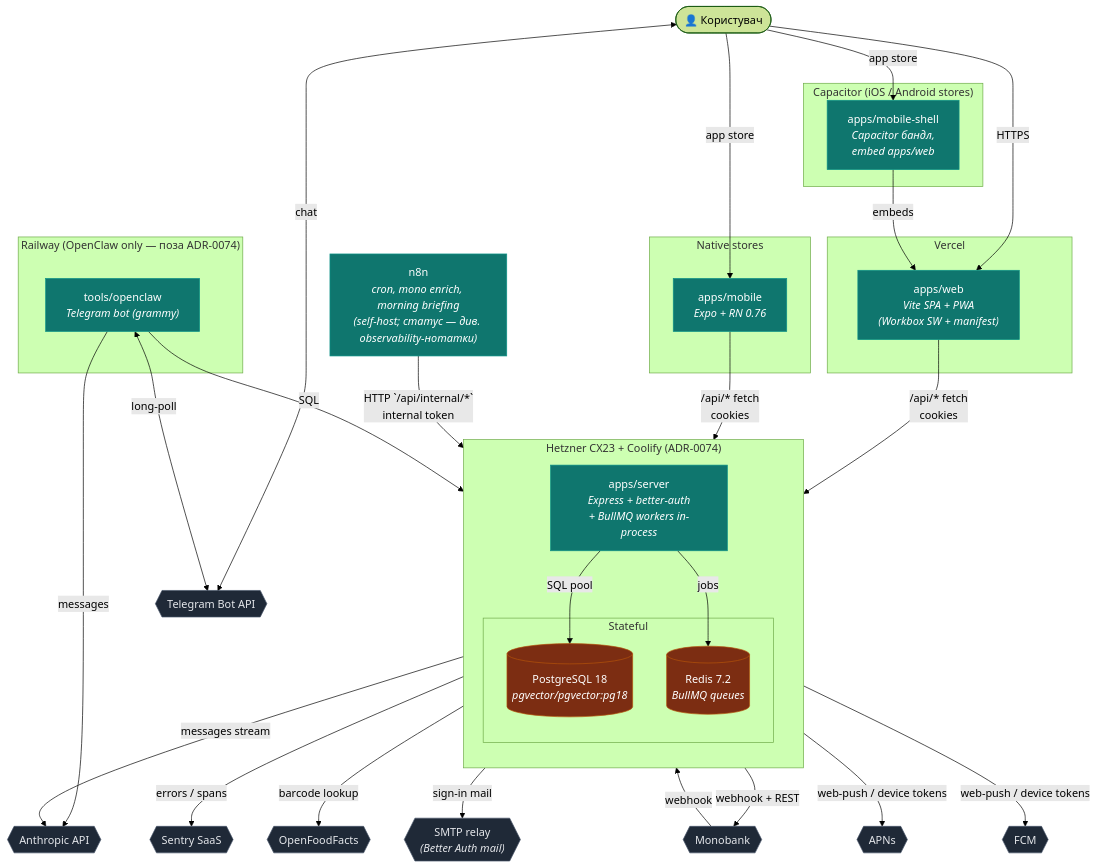
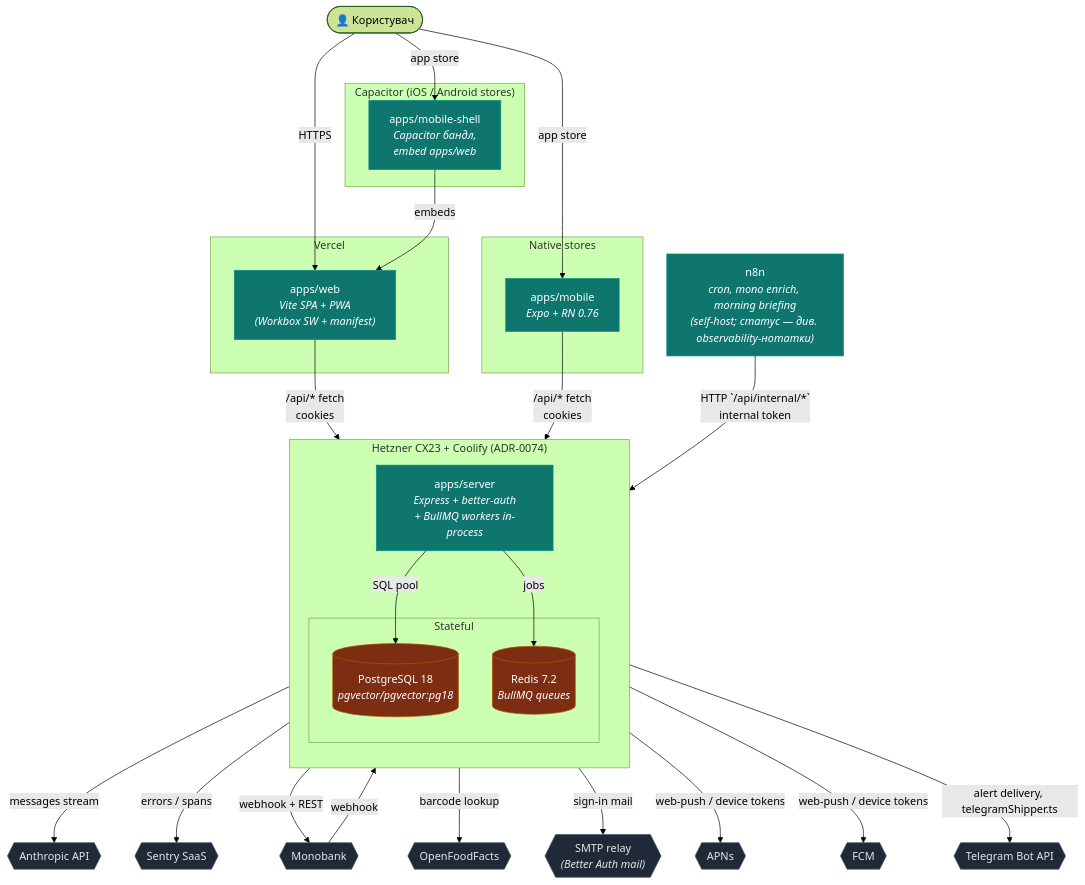
The diagram in docs/02-engineering/architecture/diagrams/c2-containers.md (SkOrDs-02/sergeant), drawn with Mermaid (forest theme) before and after one commit. The commit also changed other lines of this file and 27 other files, not shown here.

````diff
--- a/docs/02-engineering/architecture/diagrams/c2-containers.md
+++ b/docs/02-engineering/architecture/diagrams/c2-containers.md
@@ -8,74 +8,66 @@
 ```mermaid
 flowchart TB
     User(["👤 Користувач"])
 
     subgraph Vercel["Vercel"]
         Web["apps/web<br/><i>Vite SPA + PWA<br/>(Workbox SW + manifest)</i>"]
     end
 
     subgraph Capacitor["Capacitor (iOS / Android stores)"]
         Shell["apps/mobile-shell<br/><i>Capacitor бандл,<br/>embed apps/web</i>"]
     end
 
     subgraph Native["Native stores"]
         Mobile["apps/mobile<br/><i>Expo + RN 0.76</i>"]
     end
 
     subgraph Hetzner["Hetzner CX23 + Coolify (ADR-0074)"]
         direction TB
         Server["apps/server<br/><i>Express + better-auth<br/>+ BullMQ workers in-process</i>"]
 
         subgraph DB["Stateful"]
             PG[("PostgreSQL 18<br/><i>pgvector/pgvector:pg18</i>")]
             R[("Redis 7.2<br/><i>BullMQ queues</i>")]
         end
     end
 
-    subgraph Railway["Railway (OpenClaw only — поза ADR-0074)"]
-        Console["tools/openclaw<br/><i>Telegram bot (grammy)</i>"]
-    end
-
     N8N["n8n<br/><i>cron, mono enrich, morning briefing<br/>(self-host; статус — див. observability-нотатки)</i>"]
 
     Anthropic{{"Anthropic API"}}
     Sentry{{"Sentry SaaS"}}
     Mono{{"Monobank"}}
     OFF{{"OpenFoodFacts"}}
     SMTP{{"SMTP relay<br/><i>(Better Auth mail)</i>"}}
     APNs{{"APNs"}}
     FCM{{"FCM"}}
     Telegram{{"Telegram Bot API"}}
 
     User -->|HTTPS| Web
     User -->|app store| Shell
     User -->|app store| Mobile
-    User <-->|chat| Telegram
 
     Web -->|/api/* fetch<br/>cookies| Server
     Mobile -->|/api/* fetch<br/>cookies| Server
     Shell -->|embeds| Web
 
     Server -->|SQL pool| PG
     Server -->|jobs| R
     Server -->|messages stream| Anthropic
     Server -->|errors / spans| Sentry
     Server -->|webhook + REST| Mono
     Server -->|barcode lookup| OFF
     Server -->|sign-in mail| SMTP
     Server -->|web-push / device tokens| APNs
     Server -->|web-push / device tokens| FCM
+    Server -->|alert delivery, telegramShipper.ts| Telegram
 
     N8N -->|HTTP `/api/internal/*`<br/>internal token| Server
     Mono -->|webhook| Server
 
-    Console <-->|long-poll| Telegram
-    Console -->|SQL| PG
-    Console -->|messages| Anthropic
-
     classDef cont fill:#0f766e,stroke:#0d9488,color:#fff
     classDef store fill:#7c2d12,stroke:#b45309,color:#fff
     classDef ext fill:#1f2937,stroke:#475569,color:#e5e7eb
-    class Web,Shell,Mobile,Server,N8N,Console cont
+    class Web,Shell,Mobile,Server,N8N cont
     class PG,R store
     class Anthropic,Sentry,Mono,OFF,SMTP,APNs,FCM,Telegram ext
 ```
````
